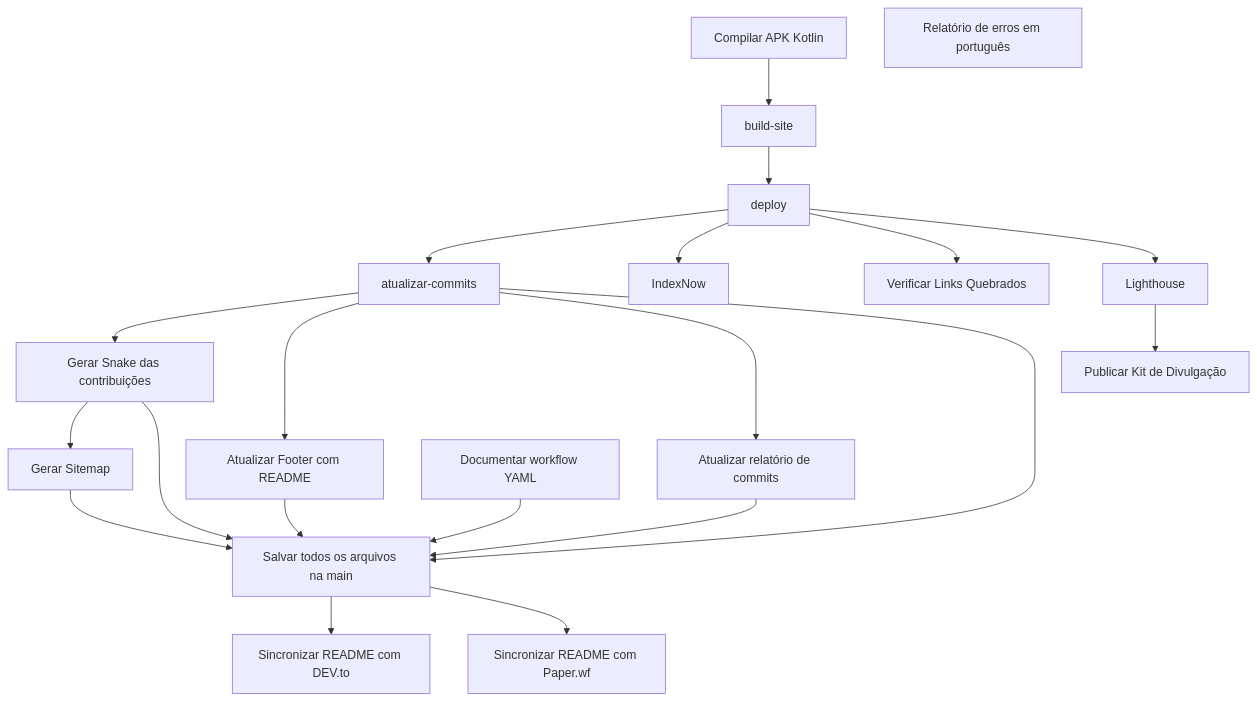
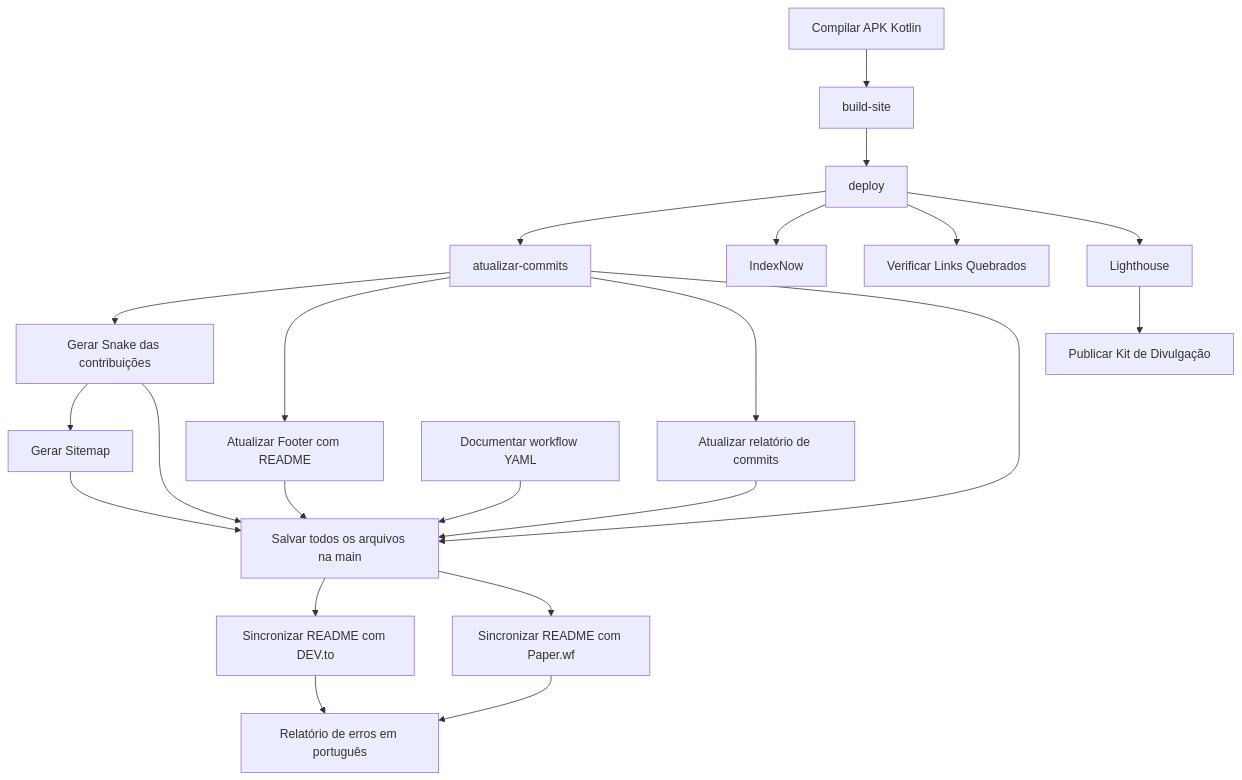
One commit to mulher-amparada/mulher-amparada-app changed the diagram in pesquisas/workflow.md. Above: the diagram before and after it, drawn with Mermaid. The commit also changed other lines of this file and 38 other files, not shown here.

````diff
--- a/pesquisas/workflow.md
+++ b/pesquisas/workflow.md
@@ -34,39 +34,41 @@
 ```mermaid
 flowchart TD
     job_build["Compilar APK Kotlin"]
     job_build_site["build-site"]
     job_deploy["deploy"]
     job_atualizar_commits["atualizar-commits"]
     job_sincronizar_devto["Sincronizar README com DEV.to"]
     job_sincronizar_paperwf["Sincronizar README com Paper.wf"]
     job_sitemap["Gerar Sitemap"]
     job_indexnow["IndexNow"]
     job_broken_links["Verificar Links Quebrados"]
     job_lighthouse["Lighthouse"]
     job_snake["Gerar Snake das contribuições"]
     job_publicar_divulgacao["Publicar Kit de Divulgação"]
     job_atualizar_footer["Atualizar Footer com README"]
     job_atualizar_relatorio_commits["Atualizar relatório de commits"]
     job_pesquisar_projeto["Documentar workflow YAML"]
     job_salvar_na_main["Salvar todos os arquivos na main"]
     job_relatorio_erros["Relatório de erros em português"]
     job_build --> job_build_site
     job_build_site --> job_deploy
     job_deploy --> job_atualizar_commits
     job_salvar_na_main --> job_sincronizar_devto
     job_salvar_na_main --> job_sincronizar_paperwf
     job_snake --> job_sitemap
     job_deploy --> job_indexnow
     job_deploy --> job_broken_links
     job_deploy --> job_lighthouse
     job_atualizar_commits --> job_snake
     job_lighthouse --> job_publicar_divulgacao
     job_atualizar_commits --> job_atualizar_footer
     job_atualizar_commits --> job_atualizar_relatorio_commits
     job_atualizar_commits --> job_salvar_na_main
     job_snake --> job_salvar_na_main
     job_sitemap --> job_salvar_na_main
     job_atualizar_footer --> job_salvar_na_main
     job_atualizar_relatorio_commits --> job_salvar_na_main
     job_pesquisar_projeto --> job_salvar_na_main
+    job_sincronizar_paperwf --> job_relatorio_erros
+    job_sincronizar_devto --> job_relatorio_erros
 ```
````
